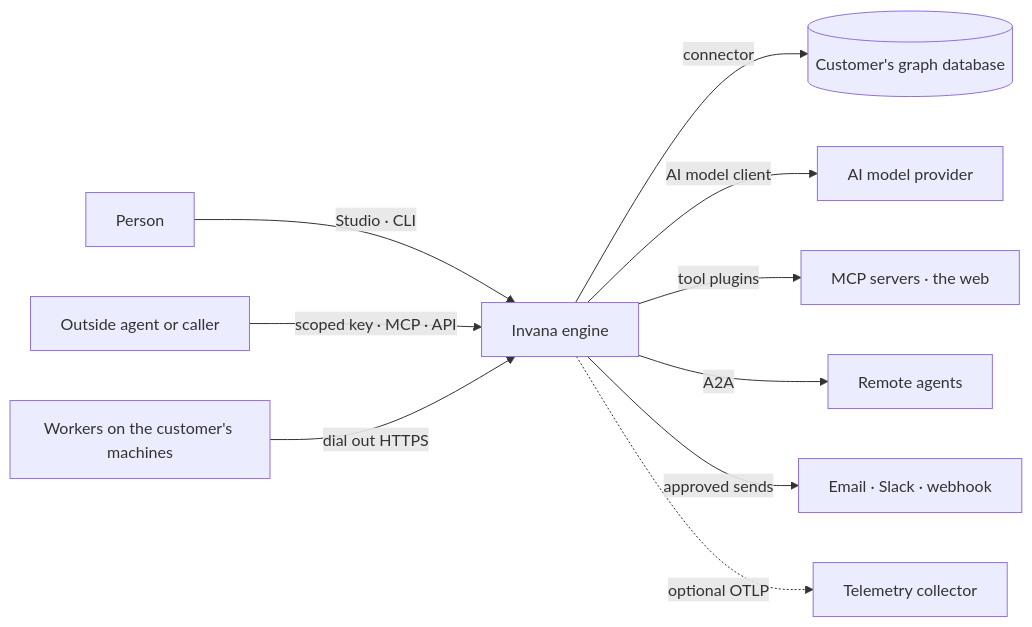
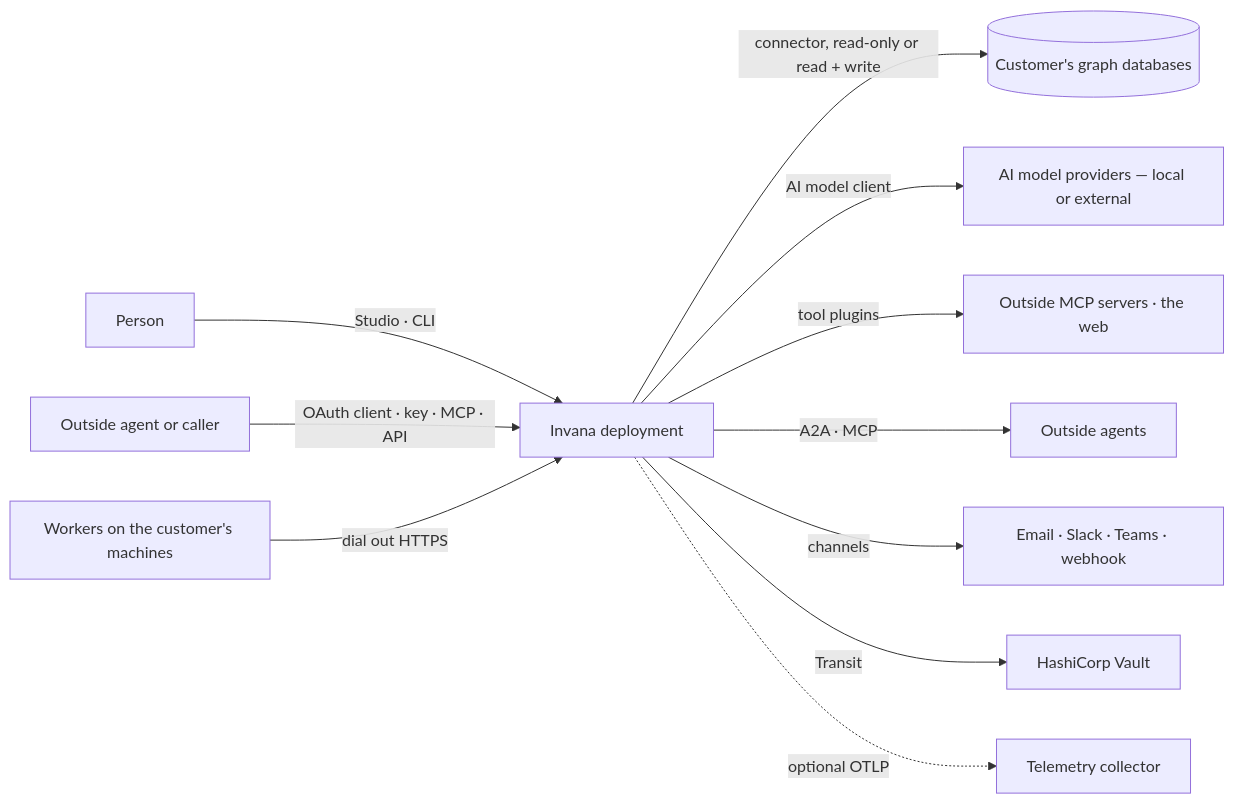
Before and after one commit to invana/invana: the first of 3 diagrams in specs/system-design.md, drawn with Mermaid. The commit also changed other lines of this file and 522 other files, not shown here.

````diff
--- a/specs/system-design.md
+++ b/specs/system-design.md
@@ -36,12 +37,13 @@
 ```mermaid
 flowchart LR
-  P[Person] -->|Studio · CLI| E[Invana engine]
-  OA[Outside agent or caller] -->|scoped key · MCP · API| E
-  E -->|connector| G[(Customer's graph database)]
-  E -->|AI model client| L[AI model provider]
-  E -->|tool plugins| M[MCP servers · the web]
-  E -->|A2A| R[Remote agents]
-  E -->|approved sends| C[Email · Slack · webhook]
+  P[Person] -->|Studio · CLI| E[Invana deployment]
+  OA[Outside agent or caller] -->|OAuth client · key · MCP · API| E
+  E -->|connector, read-only or read + write| G[(Customer's graph databases)]
+  E -->|AI model client| L[AI model providers — local or external]
+  E -->|tool plugins| M[Outside MCP servers · the web]
+  E -->|A2A · MCP| R[Outside agents]
+  E -->|channels| C[Email · Slack · Teams · webhook]
+  E -->|Transit| V[HashiCorp Vault]
   E -.->|optional OTLP| O[Telemetry collector]
   W[Workers on the customer's machines] -->|dial out HTTPS| E
 ```
````
